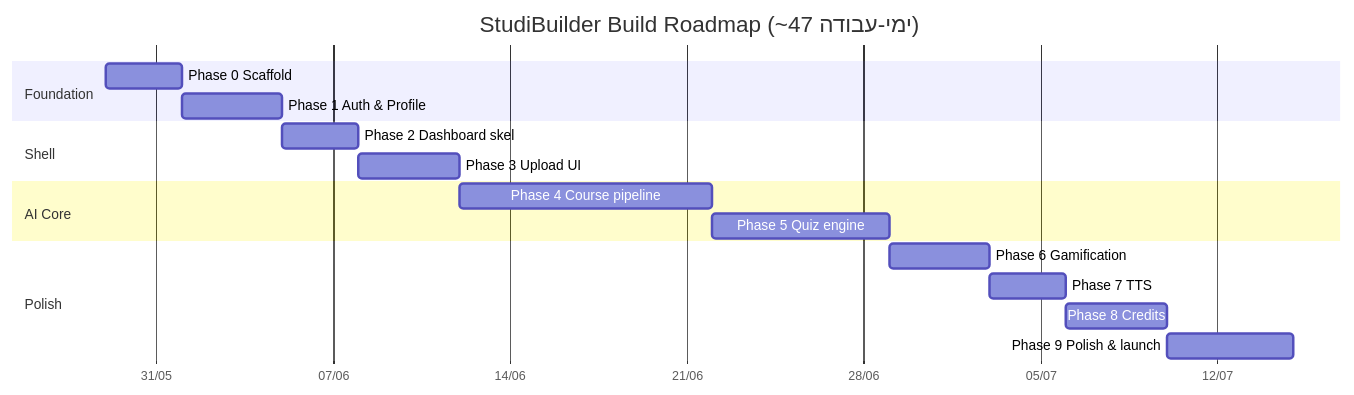
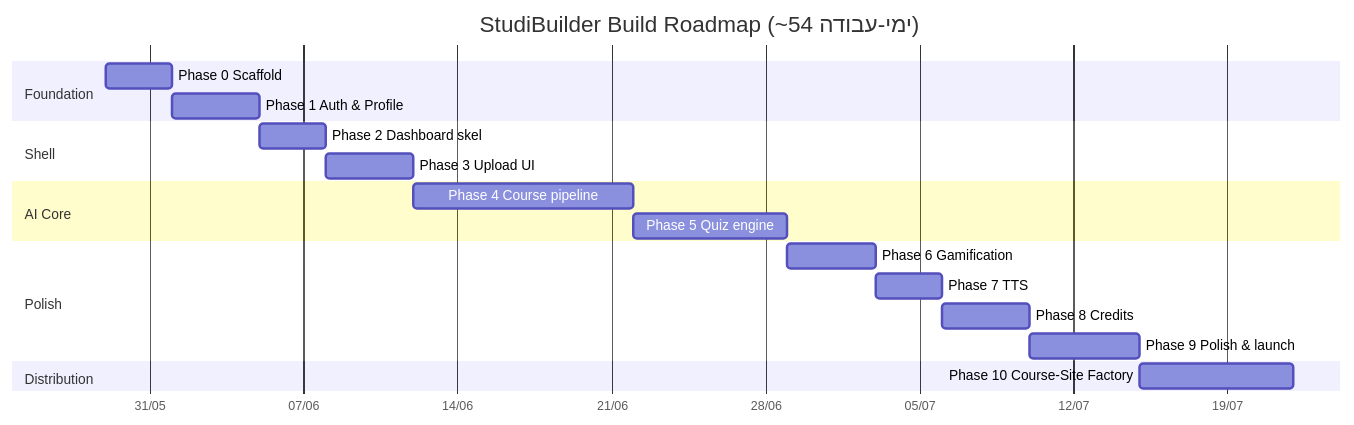
The diagram in docs/build-roadmap.md (Moti316/studi), drawn with Mermaid before and after one commit. The commit also changed other lines of this file and 6 other files, not shown here.

````diff
--- a/docs/build-roadmap.md
+++ b/docs/build-roadmap.md
@@ -7,20 +9,22 @@
 ```mermaid
 gantt
-    title StudiBuilder Build Roadmap (~47 ימי-עבודה)
+    title StudiBuilder Build Roadmap (~54 ימי-עבודה)
     dateFormat YYYY-MM-DD
     axisFormat %d/%m
     section Foundation
     Phase 0 Scaffold       :p0, 2026-05-29, 3d
     Phase 1 Auth & Profile :p1, after p0, 4d
     section Shell
     Phase 2 Dashboard skel :p2, after p1, 3d
     Phase 3 Upload UI      :p3, after p2, 4d
     section AI Core
     Phase 4 Course pipeline:p4, after p3, 10d
     Phase 5 Quiz engine    :p5, after p4, 7d
     section Polish
     Phase 6 Gamification   :p6, after p5, 4d
     Phase 7 TTS            :p7, after p6, 3d
     Phase 8 Credits        :p8, after p7, 4d
     Phase 9 Polish & launch:p9, after p8, 5d
+    section Distribution
+    Phase 10 Course-Site Factory :p10, after p9, 7d
 ```
````
